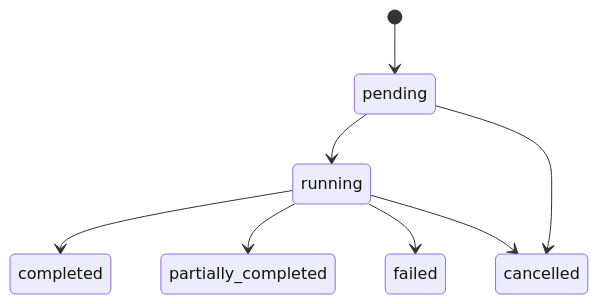
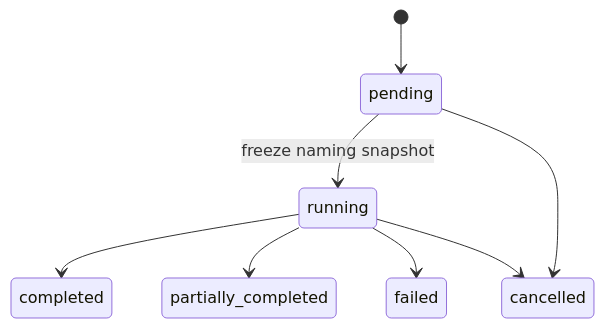
Before and after one commit to mohammadhasan-tayef/ghateh-iran-image-processor: the fourth of 5 diagrams in docs/diagrams/state-machines.md, drawn with Mermaid. The commit also changed other lines of this file and 27 other files, not shown here.

First line of the commit message:
docs: correct sprint 0 architecture inconsistencies (#1)

````diff
--- a/docs/diagrams/state-machines.md
+++ b/docs/diagrams/state-machines.md
@@ -72,10 +79,10 @@
 ```mermaid
 stateDiagram-v2
     [*] --> pending
-    pending --> running
+    pending --> running: freeze naming snapshot
     pending --> cancelled
     running --> completed
     running --> partially_completed
     running --> failed
     running --> cancelled
 ```
````
